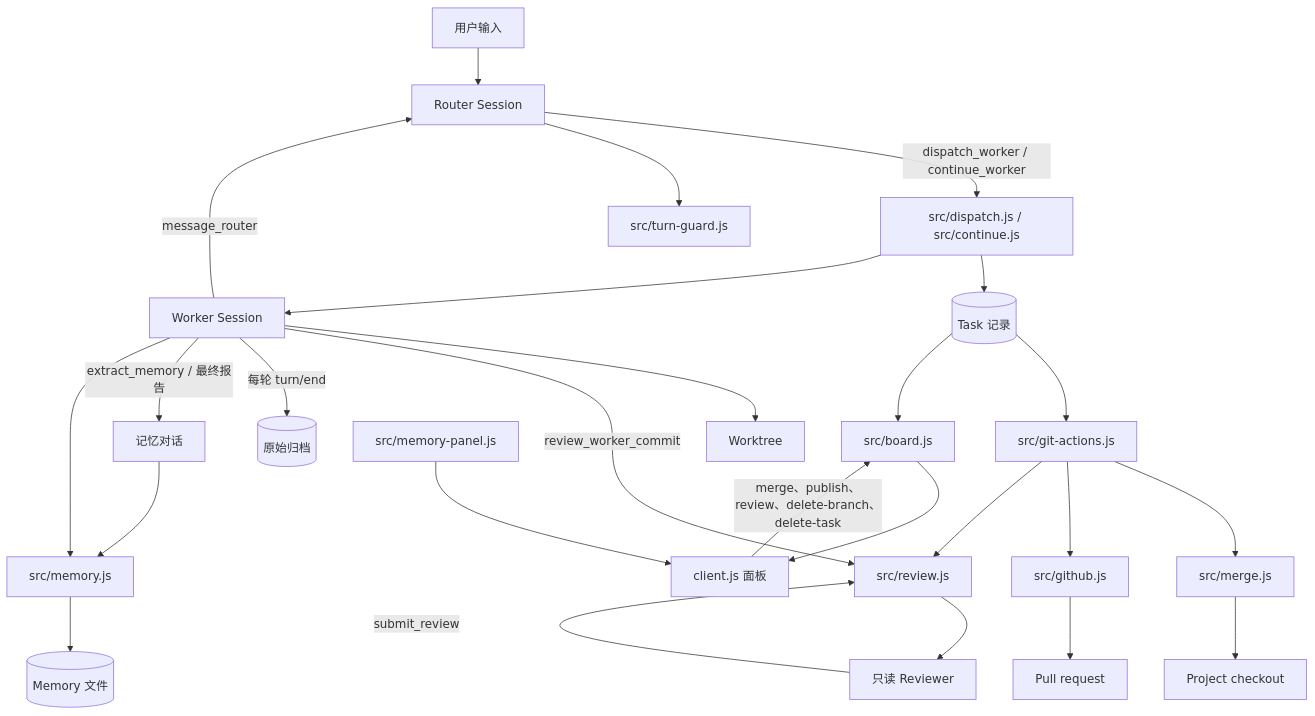
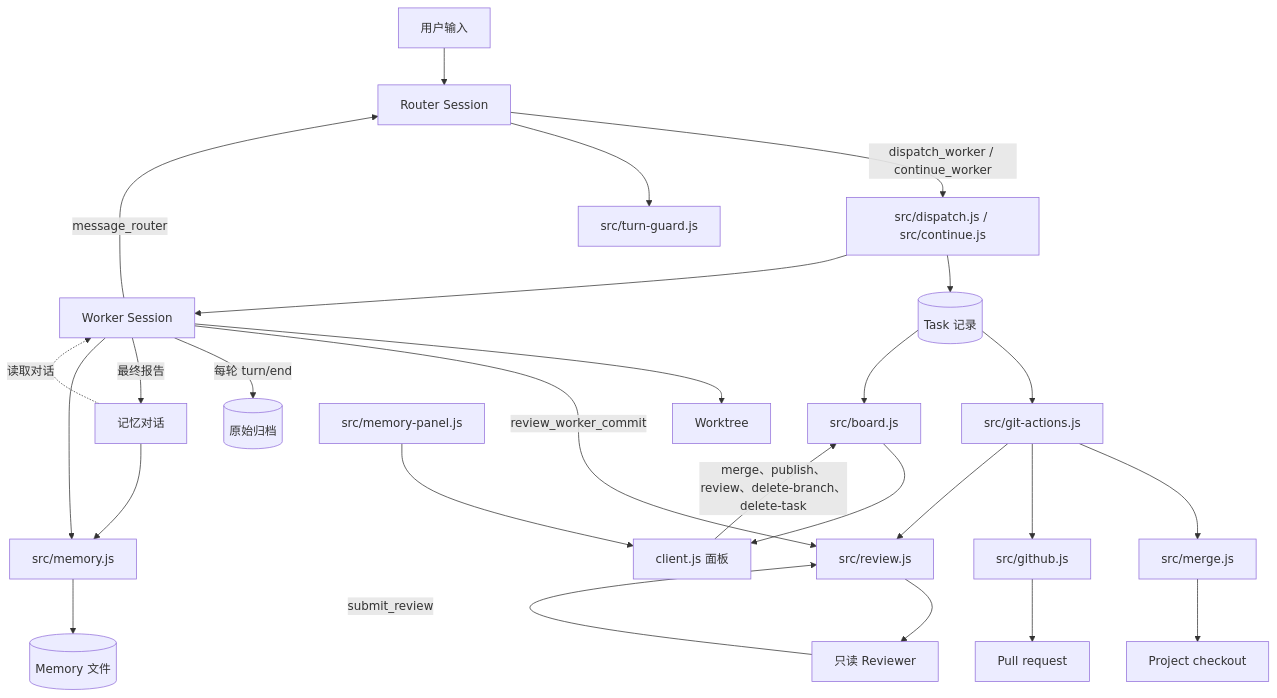
Before and after one commit to LMQ00/superagent-lite: the diagram in docs/007-architecture.md, drawn with Mermaid. The commit also changed other lines of this file and 16 other files, not shown here.

````diff
--- a/docs/007-architecture.md
+++ b/docs/007-architecture.md
@@ -9,28 +9,29 @@
 ```mermaid
 flowchart TB
   U[用户输入] --> R[Router Session]
   R -->|dispatch_worker / continue_worker| D[src/dispatch.js / src/continue.js]
   D --> T[(Task 记录)]
   D --> W[Worker Session]
   W --> WT[Worktree]
   W -->|review_worker_commit| RV[src/review.js]
   RV --> HR[只读 Reviewer]
   HR -->|submit_review| RV
   W -->|message_router| R
   T --> G[src/git-actions.js]
   G --> M[src/merge.js]
   G --> GH[src/github.js]
   G --> RV
   M --> P[Project checkout]
   GH --> PR[Pull request]
   T --> B[src/board.js]
   B --> C[client.js 面板]
   C -->|merge、publish、review、delete-branch、delete-task| B
   MP[src/memory-panel.js] --> C
   R --> TG[src/turn-guard.js]
   W -->|每轮 turn/end| RA[(原始归档)]
-  W -->|extract_memory / 最终报告| ME[记忆对话]
+  W -->|最终报告| ME[记忆对话]
+  ME -.->|读取对话| W
   ME --> MS[src/memory.js]
   W --> MS
   MS --> MF[(Memory 文件)]
 ```
````
